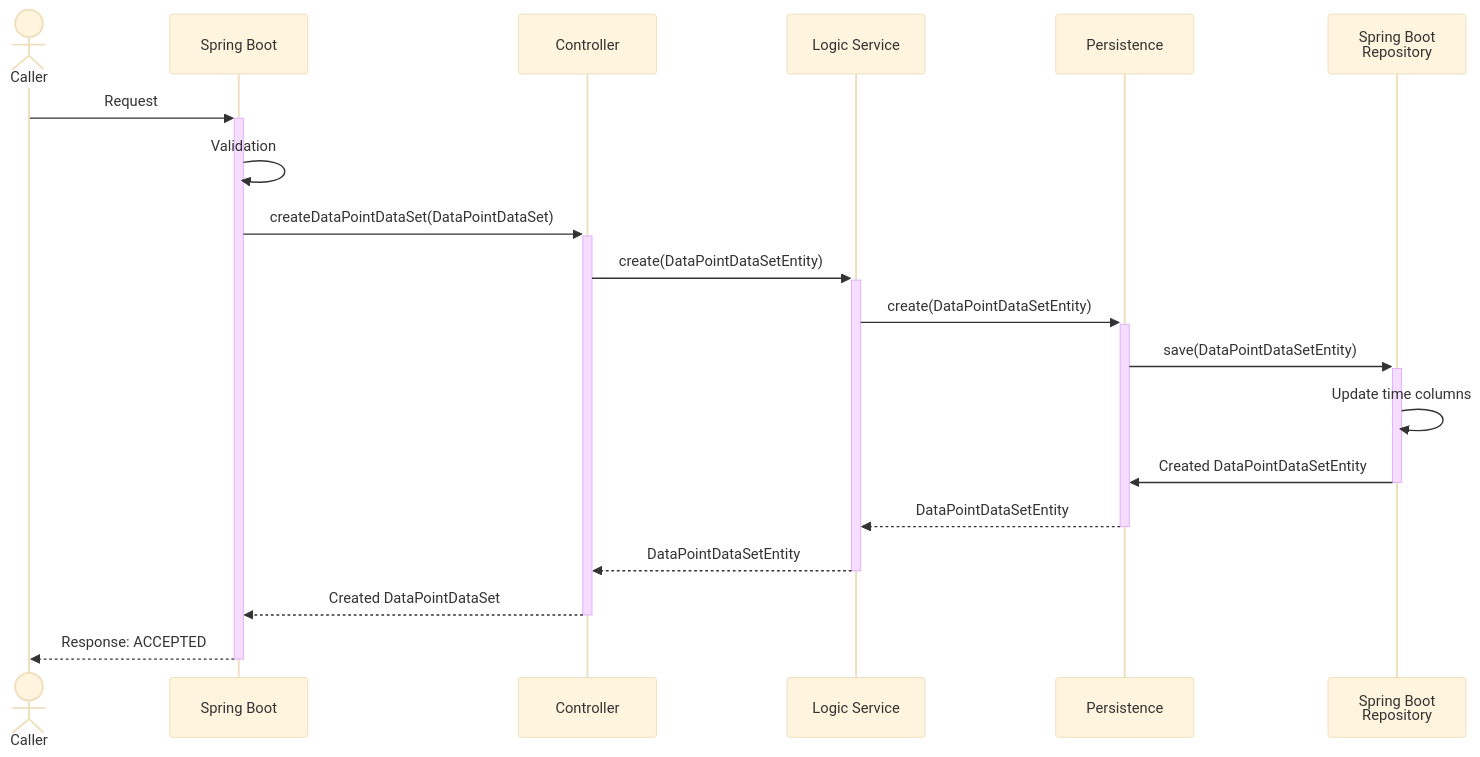
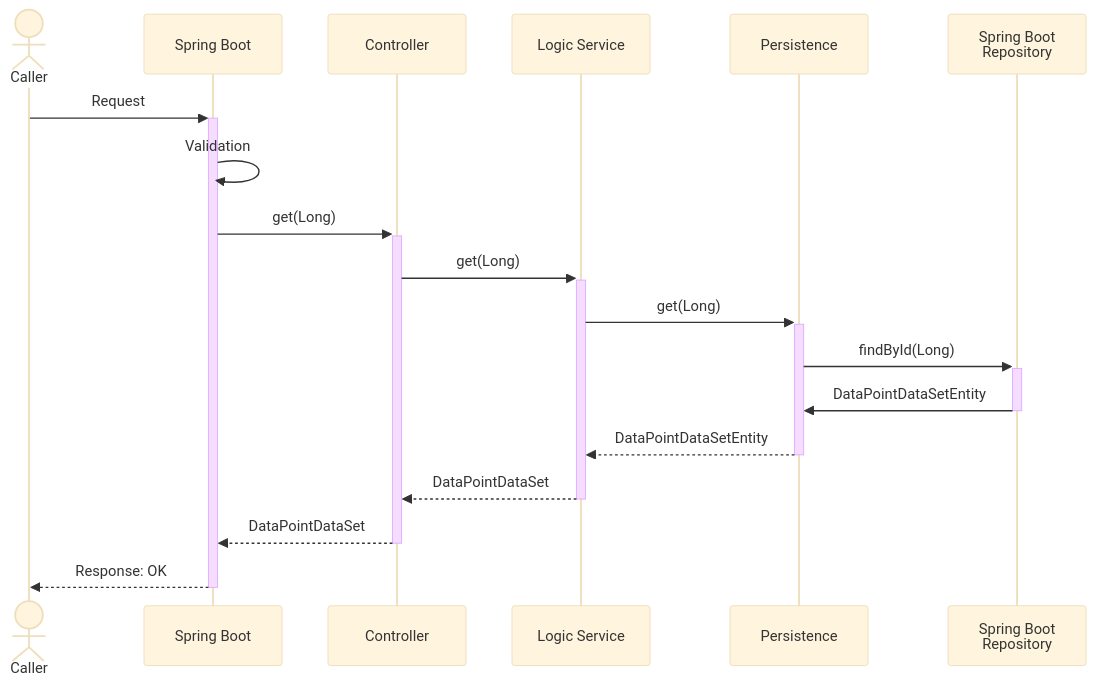
One commit to sunepoulsen/tes-enterprice-labs changed the second of 2 diagrams in tel-testdata/doc/designs/endpoints.md. Above: the diagram before and after it, drawn with Mermaid (base theme). The commit also changed other lines of this file and 14 other files, not shown here.

Commit message:
TESENTLABS-27: Implemented `GET /datasets/data-points/{id}` in `tel-testdata-module` and in component tests.

````diff
--- a/tel-testdata/doc/designs/endpoints.md
+++ b/tel-testdata/doc/designs/endpoints.md
@@ -27,24 +74,20 @@
 ```mermaid
 sequenceDiagram
     actor Caller
     participant SprintBoot as Spring Boot
     participant Controller
     participant Logic as Logic Service
     participant Persistence
     participant Repository as Spring Boot<br/>Repository
-
     Caller ->>+ SprintBoot: Request
     SprintBoot ->> SprintBoot: Validation
-
-    SprintBoot ->>+ Controller: createDataPointDataSet(DataPointDataSet)
-    Controller ->>+ Logic: create(DataPointDataSetEntity)
-    Logic ->>+ Persistence: create(DataPointDataSetEntity)
-    Persistence ->>+ Repository: save(DataPointDataSetEntity)
-    Repository ->> Repository: Update time columns
-    Repository ->>- Persistence: Created DataPointDataSetEntity
+    SprintBoot ->>+ Controller: get(Long)
+    Controller ->>+ Logic: get(Long)
+    Logic ->>+ Persistence: get(Long)
+    Persistence ->>+ Repository: findById(Long)
+    Repository ->>- Persistence: DataPointDataSetEntity
     Persistence -->>- Logic: DataPointDataSetEntity
-    Logic -->>- Controller: DataPointDataSetEntity
-    Controller -->>- SprintBoot: Created DataPointDataSet 
-
-    SprintBoot -->>- Caller: Response: ACCEPTED    
+    Logic -->>- Controller: DataPointDataSet
+    Controller -->>- SprintBoot: DataPointDataSet
+    SprintBoot -->>- Caller: Response: OK
 ```
````
